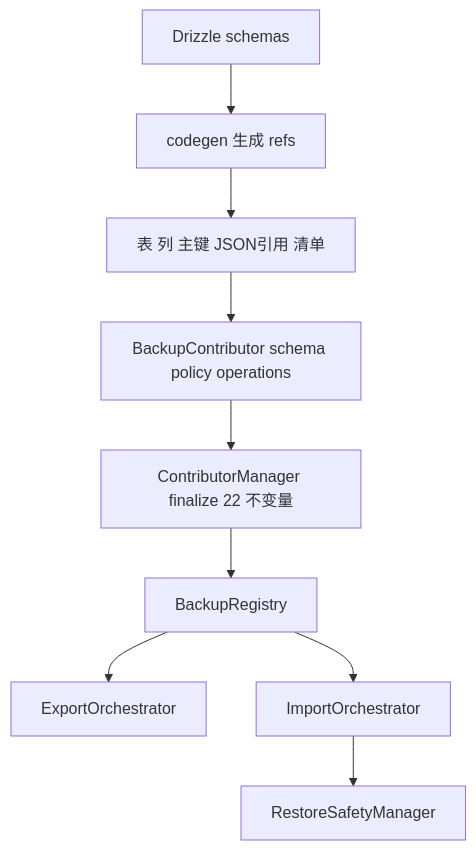
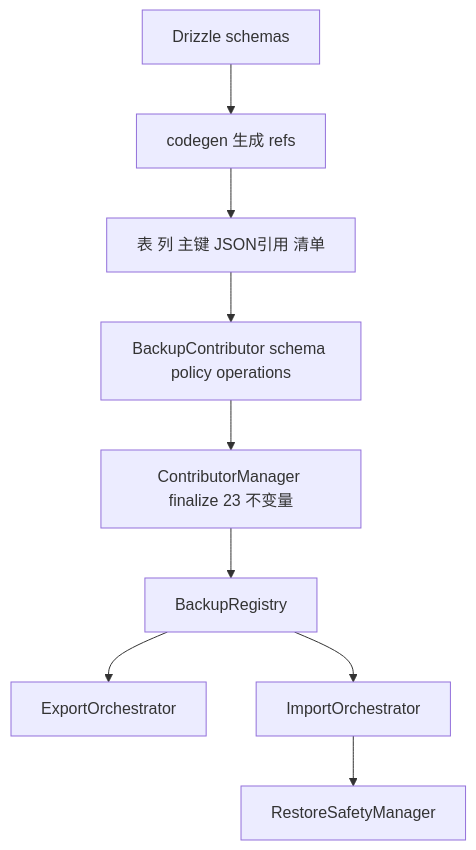
One commit to CherryHQ/cherry-studio changed the second of 5 diagrams in docs/references/backup/backup-architecture.md. Above: the diagram before and after it, drawn with Mermaid. The commit also changed other lines of this file, not shown here.

````diff
--- a/docs/references/backup/backup-architecture.md
+++ b/docs/references/backup/backup-architecture.md
@@ -97,11 +97,11 @@
 ```mermaid
 flowchart TB
   D[Drizzle schemas] --> CG[codegen 生成 refs]
   CG --> T[表 列 主键 JSON引用 清单]
   T --> BC[BackupContributor schema policy operations]
-  BC --> CM[ContributorManager finalize 22 不变量]
+  BC --> CM[ContributorManager finalize 23 不变量]
   CM --> BR[BackupRegistry]
   BR --> EX[ExportOrchestrator]
   BR --> IM[ImportOrchestrator]
   IM --> RS[RestoreSafetyManager]
 ```
````
